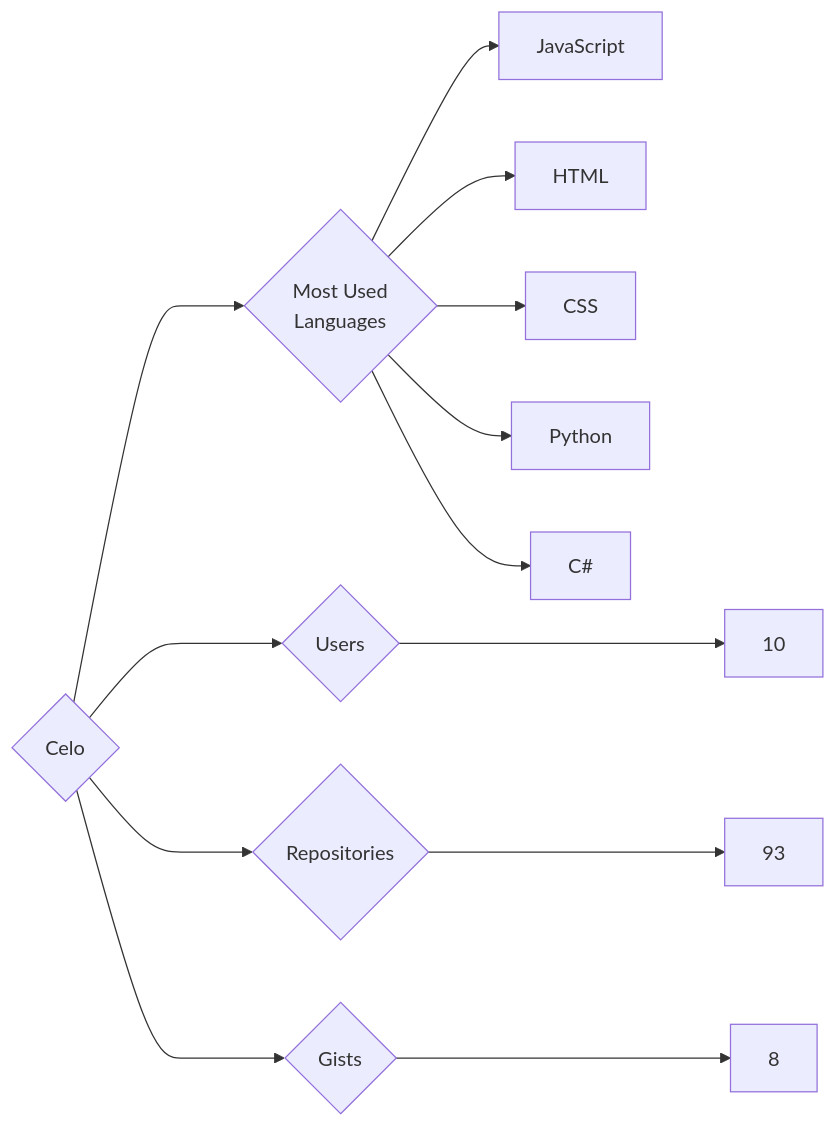
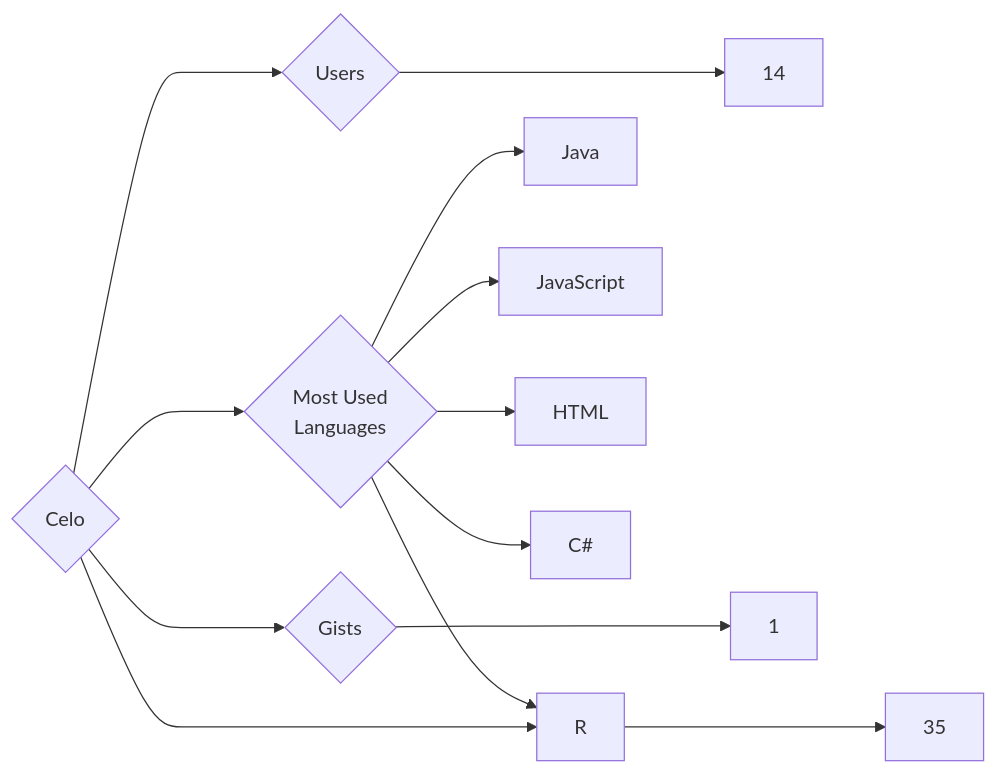
One commit to trickest/insiders changed the diagram in targets/Celo/README.md. Above: the diagram before and after it, drawn with Mermaid. The commit also changed 838 other files, not shown here.

````diff
--- a/targets/Celo/README.md
+++ b/targets/Celo/README.md
@@ -3,13 +3,13 @@
 ```mermaid
 graph LR
 COMPANY_NAME{Celo}
-COMPANY_NAME ---> U{Users} ---> UN[10]
-COMPANY_NAME ---> R{Repositories} ---> RN[93]
-COMPANY_NAME ---> G{Gists} ---> GN[8]
+COMPANY_NAME ---> U{Users} ---> UN[14]
+COMPANY_NAME ---> R{Repositories} ---> RN[35]
+COMPANY_NAME ---> G{Gists} ---> GN[1]
 COMPANY_NAME ---> ML{Most Used<br>Languages}
+ML --> Java[Java]
 ML --> JavaScript[JavaScript]
 ML --> HTML[HTML]
-ML --> CSS[CSS]
-ML --> Python[Python]
+ML --> R[R]
 ML --> C#[C#]
 ```
````
